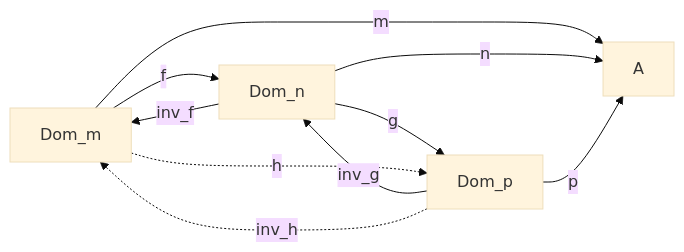
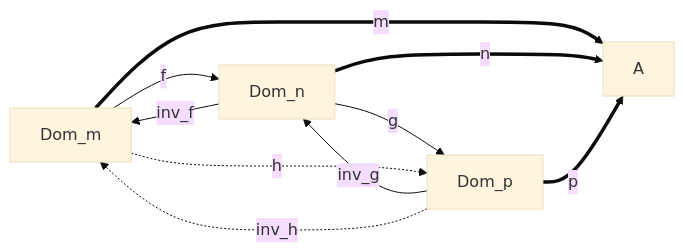
Diagram 18 of 23 in notes.md (renatoleme/HeytingValuedSets), drawn with Mermaid (base theme) before and after one commit. The commit also changed other lines of this file and 1 other file, not shown here.

````diff
--- a/notes.md
+++ b/notes.md
@@ -420,12 +419,12 @@
 ```mermaid
 graph LR;
-  Dom_m--m-->A; 
+  Dom_m==m==>A; 
   Dom_m--f-->Dom_n;
   Dom_n--inv_f-->Dom_m;
-  Dom_n--n-->A;
+  Dom_n==n==>A;
   Dom_n--g-->Dom_p;
   Dom_p--inv_g-->Dom_n;
-  Dom_p--p-->A;
+  Dom_p==p==>A;
   Dom_m-.h.->Dom_p;
   Dom_p-.inv_h.->Dom_m;
 ```
````
